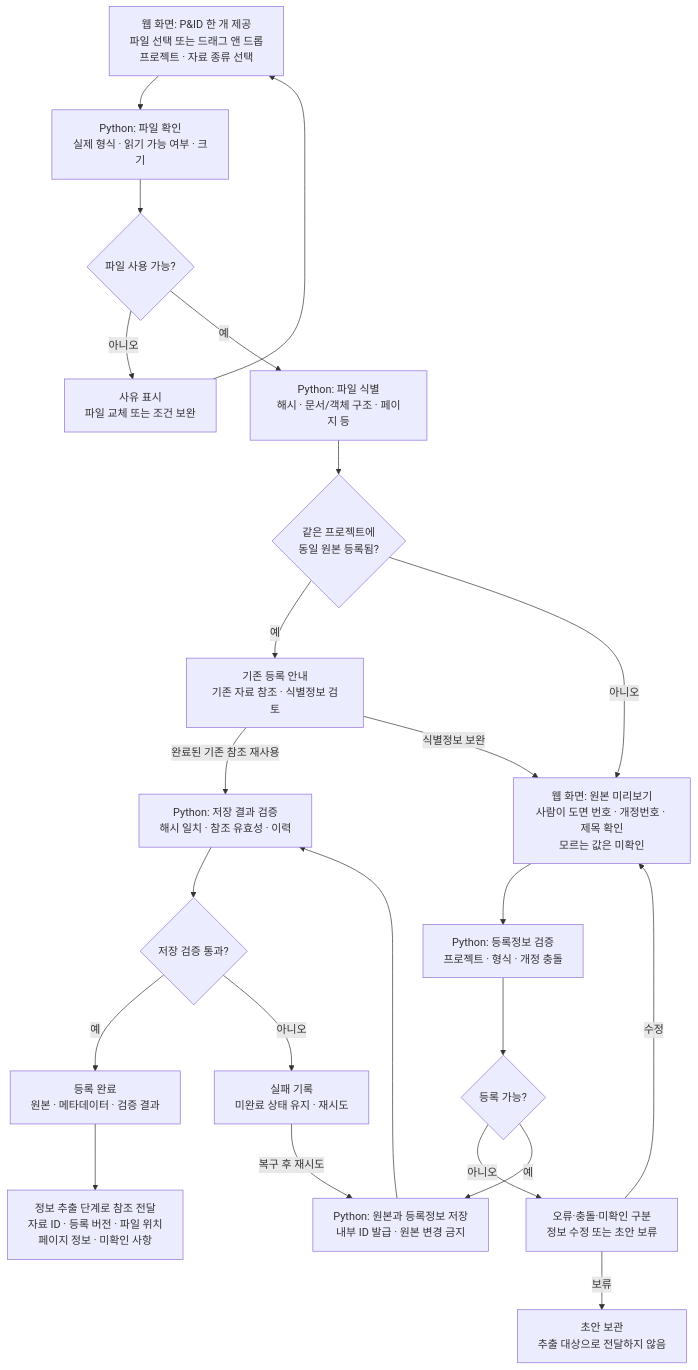
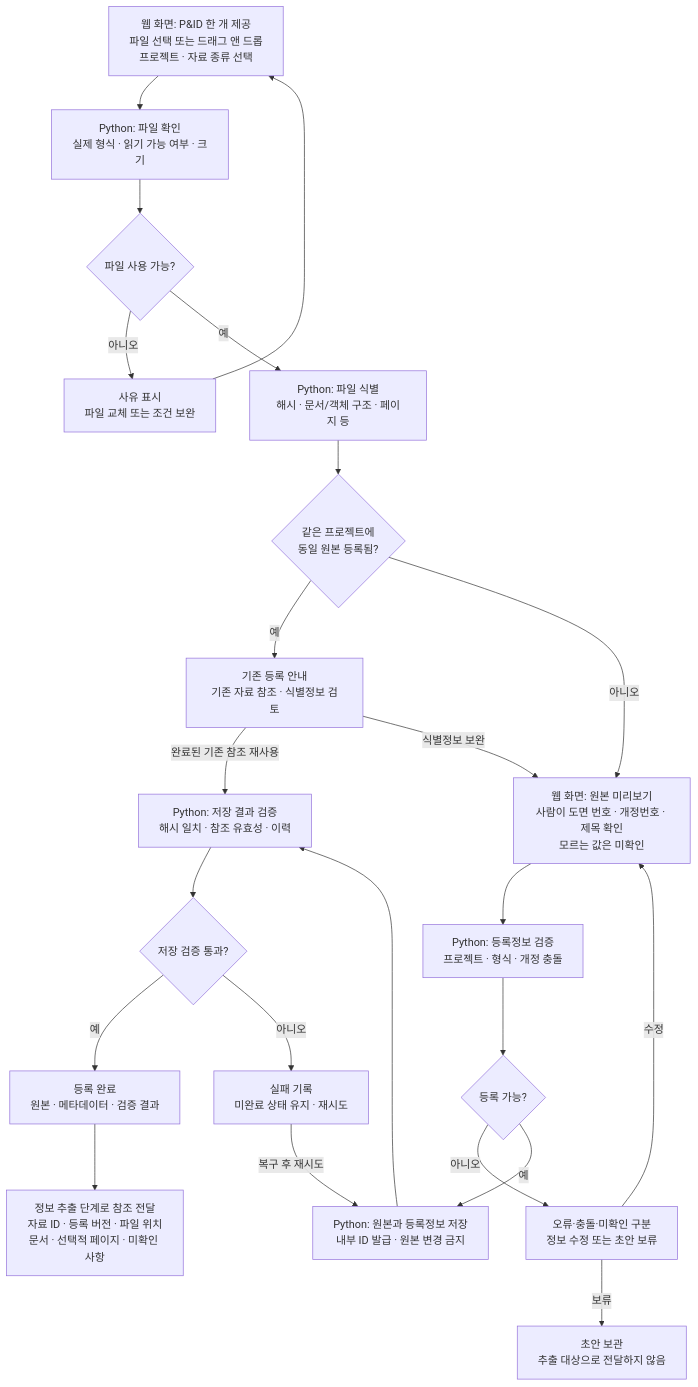
Before and after one commit to ReoDe/HAZOP: the diagram in flow chart/01-registration.md, drawn with Mermaid. The commit also changed other lines of this file and 13 other files, not shown here.

````diff
--- a/flow chart/01-registration.md
+++ b/flow chart/01-registration.md
@@ -14,36 +14,36 @@
 ```mermaid
 flowchart TB
     A["웹 화면: P&ID 한 개 제공<br/>파일 선택 또는 드래그 앤 드롭<br/>프로젝트 · 자료 종류 선택"]
     B["Python: 파일 확인<br/>실제 형식 · 읽기 가능 여부 · 크기"]
     C{"파일 사용 가능?"}
     X["사유 표시<br/>파일 교체 또는 조건 보완"]
     D["Python: 파일 식별<br/>해시 · 문서/객체 구조 · 페이지 등"]
     E{"같은 프로젝트에<br/>동일 원본 등록됨?"}
     F["기존 등록 안내<br/>기존 자료 참조 · 식별정보 검토"]
     G["웹 화면: 원본 미리보기<br/>사람이 도면 번호 · 개정번호 · 제목 확인<br/>모르는 값은 미확인"]
     H["Python: 등록정보 검증<br/>프로젝트 · 형식 · 개정 충돌"]
     I{"등록 가능?"}
     J["오류·충돌·미확인 구분<br/>정보 수정 또는 초안 보류"]
     K["Python: 원본과 등록정보 저장<br/>내부 ID 발급 · 원본 변경 금지"]
     L["Python: 저장 결과 검증<br/>해시 일치 · 참조 유효성 · 이력"]
     M{"저장 검증 통과?"}
     N["등록 완료<br/>원본 · 메타데이터 · 검증 결과"]
-    O["정보 추출 단계로 참조 전달<br/>자료 ID · 등록 버전 · 파일 위치<br/>페이지 정보 · 미확인 사항"]
+    O["정보 추출 단계로 참조 전달<br/>자료 ID · 등록 버전 · 파일 위치<br/>문서 · 선택적 페이지 · 미확인 사항"]
     P["실패 기록<br/>미완료 상태 유지 · 재시도"]
 
     A --> B --> C
     C -- "아니오" --> X --> A
     C -- "예" --> D --> E
     E -- "예" --> F
     F -- "완료된 기존 참조 재사용" --> L
     F -- "식별정보 보완" --> G
     E -- "아니오" --> G
     G --> H --> I
     I -- "아니오" --> J
     J -- "수정" --> G
     J -- "보류" --> Q["초안 보관<br/>추출 대상으로 전달하지 않음"]
     I -- "예" --> K --> L --> M
     M -- "예" --> N --> O
     M -- "아니오" --> P
     P -- "복구 후 재시도" --> K
 ```
````
